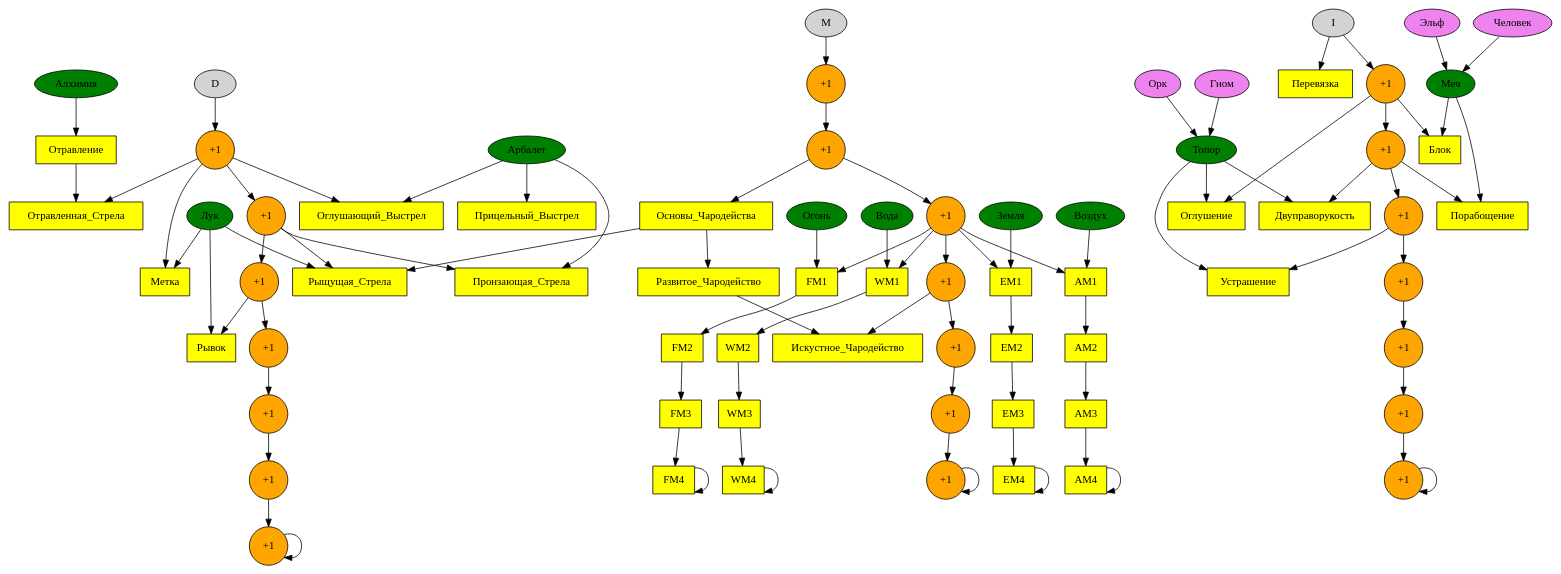
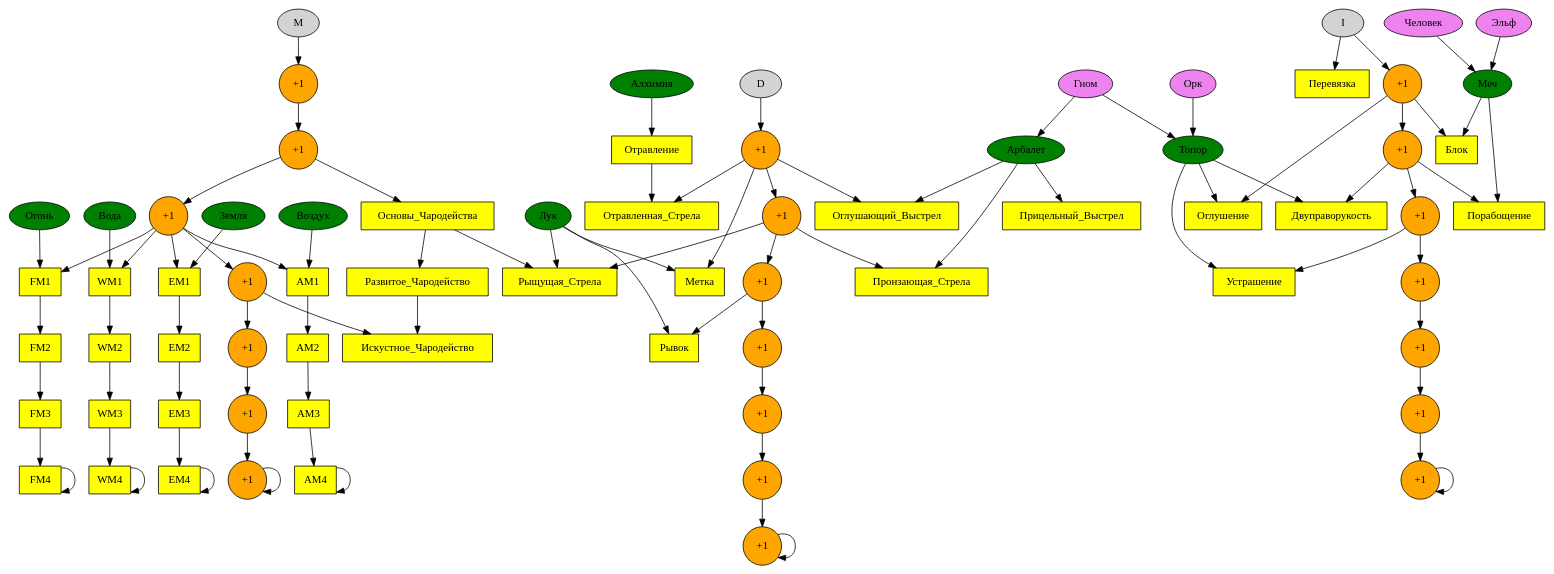
One commit to hurufu/rpg changed the diagram in rpg2.dot. Above: the diagram before and after it, drawn with Graphviz.

Commit message:
Маленькое исправление

```diff
--- a/rpg2.dot
+++ b/rpg2.dot
@@ -1,57 +1,58 @@
 strict digraph rpg {
 	node [style=filled];
 	D; I; M;
 	node [fillcolor=green];
 	Лук; Арбалет; Алхимия; Огонь; Вода; Земля; Воздух; Меч; Топор;
 	node [fillcolor=violet];
 	Человек; Гном; Эльф; Орк;
 	node [label="+1", style=filled, shape=circle, fillcolor=orange, color=black];
 	D -> D1 -> D2 -> D3 -> D4 -> D5 -> D6 -> D7 -> D7;
 	M -> M1 -> M2 -> M3 -> M4 -> M5 -> M6 -> M7 -> M7;
 	I -> I1 -> I2 -> I3 -> I4 -> I5 -> I6 -> I7 -> I7;
 	node [label="\N", shape=box, fillcolor=yellow];
 	Человек -> Меч;
 	Эльф -> Меч;
 	Гном -> Топор;
+	Гном -> Арбалет;
 	Орк -> Топор;
 	D1 -> Отравленная_Стрела;
 	D1 -> Метка;
 	D1 -> Оглушающий_Выстрел;
 	D2 -> Рыщущая_Стрела;
 	D2 -> Пронзающая_Стрела;
 	D3 -> Рывок;
 	M2 -> Основы_Чародейства -> Развитое_Чародейство -> Искустное_Чародейство;
 	Основы_Чародейства -> Рыщущая_Стрела;
 	M4 -> Искустное_Чародейство;
 	M3 -> FM1;
 	M3 -> WM1;
 	M3 -> EM1;
 	M3 -> AM1;
 	Огонь -> FM1;
 	Вода -> WM1;
 	Земля -> EM1;
 	Воздух -> AM1;
 	FM1 -> FM2 -> FM3 -> FM4 -> FM4;
 	WM1 -> WM2 -> WM3 -> WM4 -> WM4;
 	EM1 -> EM2 -> EM3 -> EM4 -> EM4;
 	AM1 -> AM2 -> AM3 -> AM4 -> AM4;
 	Лук -> Метка;
 	Лук -> Рывок;
 	Лук -> Рыщущая_Стрела;
 	Арбалет -> Прицельный_Выстрел;
 	Арбалет -> Оглушающий_Выстрел;
 	Арбалет -> Пронзающая_Стрела;
 	Алхимия -> Отравление;
 	Отравление -> Отравленная_Стрела;
 	I -> Перевязка;
 	I1 -> Блок;
 	I1 -> Оглушение;
 	I2 -> Порабощение;
 	I2 -> Двуправорукость;
 	I3 -> Устрашение;
 	Меч -> Блок;
 	Меч -> Порабощение;
 	Топор -> Оглушение;
 	Топор -> Двуправорукость;
 	Топор -> Устрашение;
 }
```
